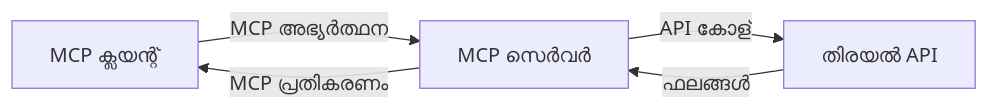
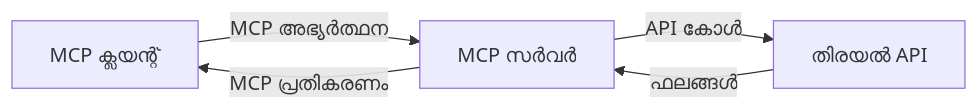
One commit to microsoft/mcp-for-beginners changed the second of 4 diagrams in translations/ml/05-AdvancedTopics/mcp-realtimesearch/README.md. Above: the diagram before and after it, drawn with Mermaid. The commit also changed other lines of this file and 112 other files, not shown here.

````diff
--- a/translations/ml/05-AdvancedTopics/mcp-realtimesearch/README.md
+++ b/translations/ml/05-AdvancedTopics/mcp-realtimesearch/README.md
@@ -598,7 +600,7 @@
 ```mermaid
 graph LR
-    Client[MCP ക്ലയന്റ്] --> |MCP അഭ്യർത്ഥന| Server[MCP സെർവർ]
-    Server --> |API കോള്| SearchAPI[തിരയൽ API]
+    Client[MCP ക്ലയന്റ്] --> |MCP അഭ്യർത്ഥന| Server[MCP സർവർ]
+    Server --> |API കോൾ| SearchAPI[തിരയൽ API]
     SearchAPI --> |ഫലങ്ങൾ| Server
     Server --> |MCP പ്രതികരണം| Client
 ```
````
